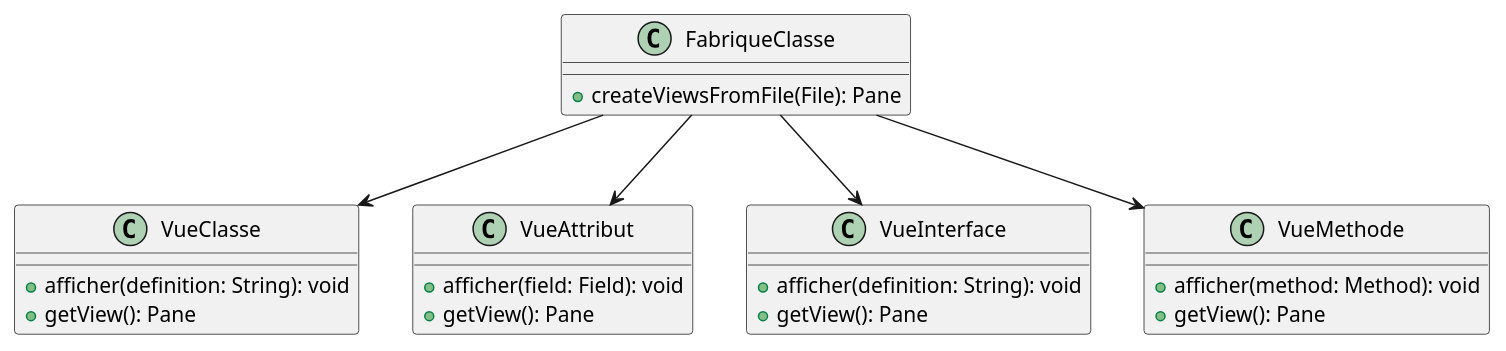
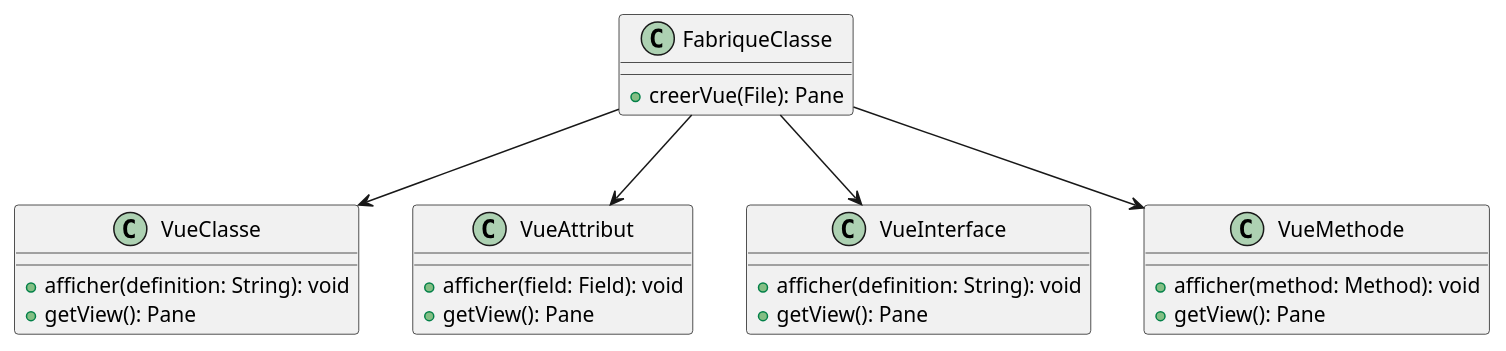
One commit to Baloo54/SAE_Diagramme2Classe changed the diagram in Diagramme2Classes/puml/itération2/FabriqueClasse.puml. Above: the diagram before and after it, drawn with PlantUML. The commit also changed 2 other files, not shown here.

Commit message:
maj UML FabriqueClasse.puml

```diff
--- a/Diagramme2Classes/puml/itération2/FabriqueClasse.puml
+++ b/Diagramme2Classes/puml/itération2/FabriqueClasse.puml
@@ -1,32 +1,32 @@
 @startuml
 
 class FabriqueClasse {
-    + createViewsFromFile(File): Pane
+    + creerVue(File): Pane
 }
 
 class VueClasse {
     + afficher(definition: String): void
     + getView(): Pane
 }
 
 class VueAttribut {
     + afficher(field: Field): void
     + getView(): Pane
 }
 
 class VueInterface {
     + afficher(definition: String): void
     + getView(): Pane
 }
 
 class VueMethode {
     + afficher(method: Method): void
     + getView(): Pane
 }
 
 FabriqueClasse --> VueClasse
 FabriqueClasse --> VueAttribut
 FabriqueClasse --> VueInterface
 FabriqueClasse --> VueMethode
 
 @enduml
```
